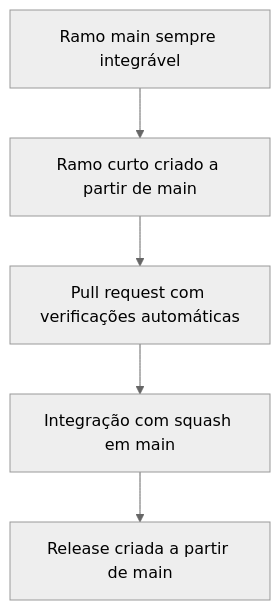
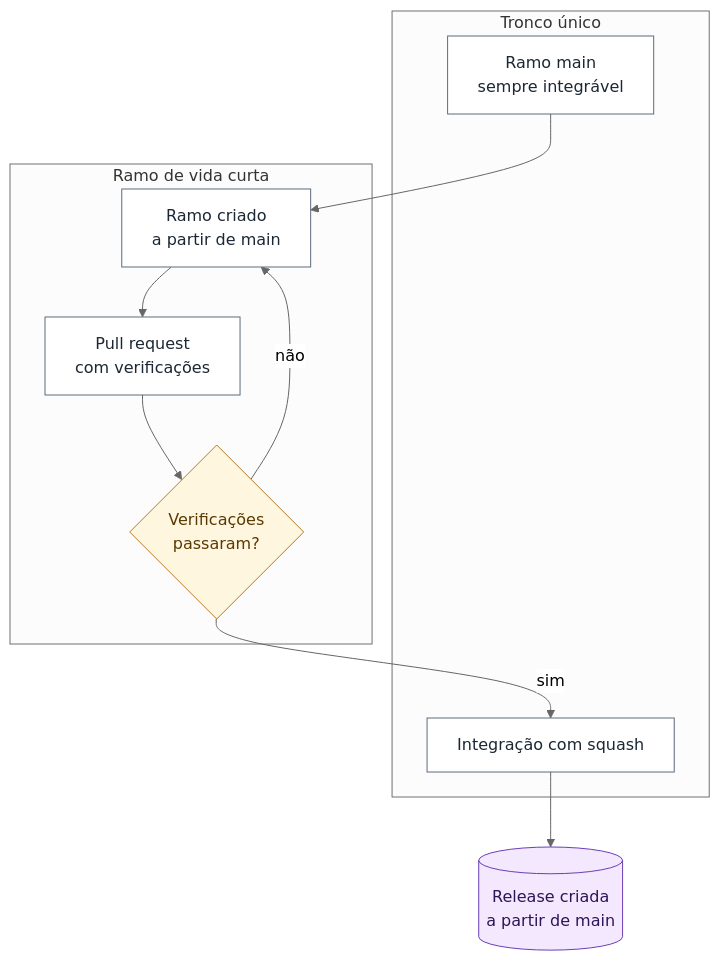
Before and after one commit to arkhibr/devops-fluxos-c3dm: the first of 4 diagrams in cenarios/02-estrategia-branches/README.md, drawn with Mermaid (neutral theme). The commit also changed other lines of this file and 7 other files, not shown here.

First line of the commit message:
docs(cenarios): trechos de workflow, links e diagramas dos cenários 01 a 07 (#25)

````diff
--- a/cenarios/02-estrategia-branches/README.md
+++ b/cenarios/02-estrategia-branches/README.md
@@ -9,7 +9,23 @@
 ```mermaid
 flowchart TB
-    A["Ramo main sempre integrável"] --> B["Ramo curto criado a partir de main"]
-    B --> C["Pull request com verificações automáticas"]
-    C --> D["Integração com squash em main"]
-    D --> E["Release criada a partir de main"]
+    subgraph tronco["Tronco único"]
+        M["Ramo main<br/>sempre integrável"]:::etapa
+        I["Integração com squash"]:::etapa
+    end
+    subgraph curto["Ramo de vida curta"]
+        B["Ramo criado<br/>a partir de main"]:::etapa
+        PR["Pull request<br/>com verificações"]:::etapa
+        V{"Verificações<br/>passaram?"}:::verificacao
+    end
+    R[("Release criada<br/>a partir de main")]:::artefato
+    M --> B --> PR --> V
+    V -- "sim" --> I --> R
+    V -- "não" --> B
+
+    classDef gatilho fill:#E8F1FB,stroke:#1F5FA8,color:#0B2545
+    classDef etapa fill:#FFFFFF,stroke:#5B6B7F,color:#1B2733
+    classDef verificacao fill:#FFF6E0,stroke:#B7791F,color:#5A3A00
+    classDef sucesso fill:#E6F4EA,stroke:#2E7D32,color:#123B17
+    classDef falha fill:#FDECEA,stroke:#C62828,color:#5B1111
+    classDef artefato fill:#F3E8FD,stroke:#6A3FB5,color:#2D1457
 ```
````
